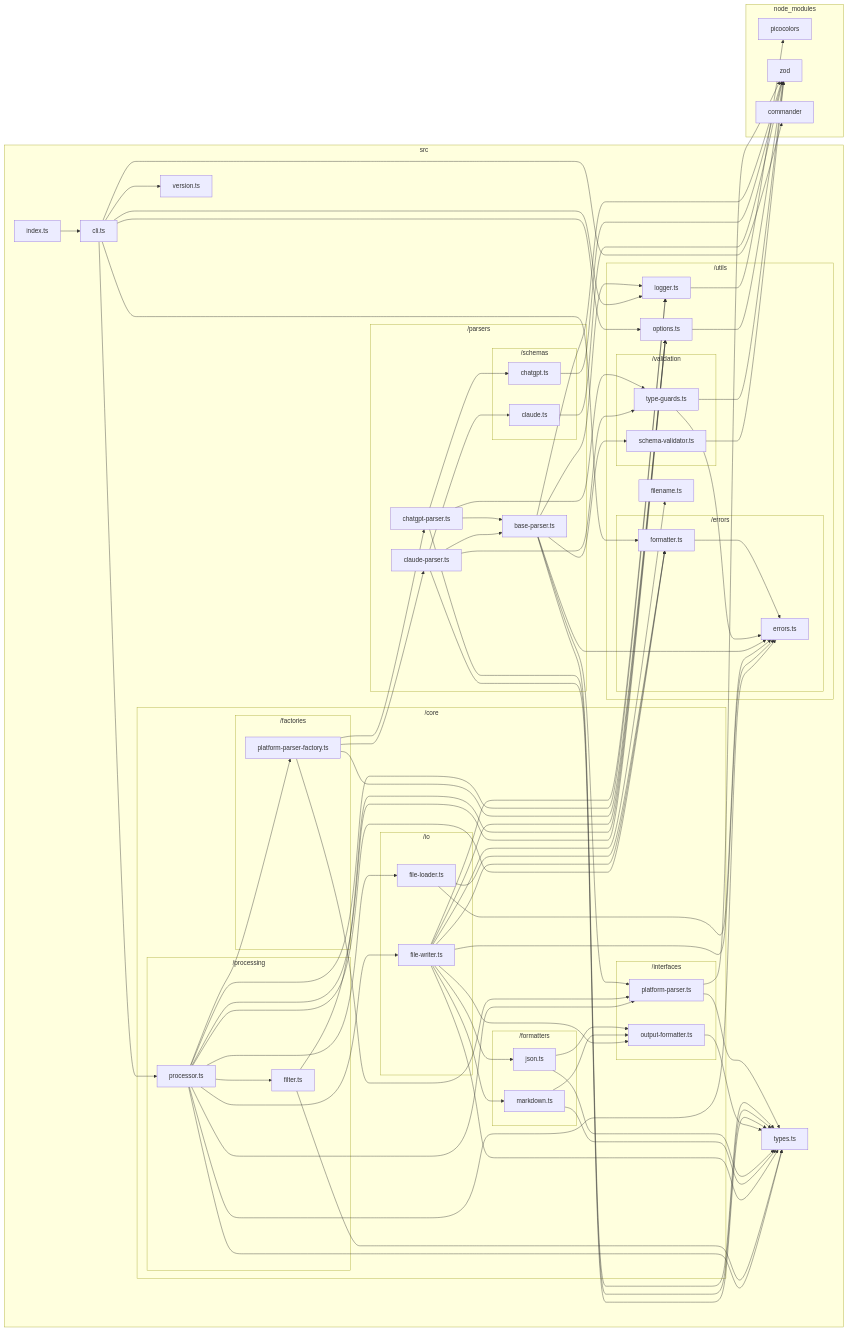
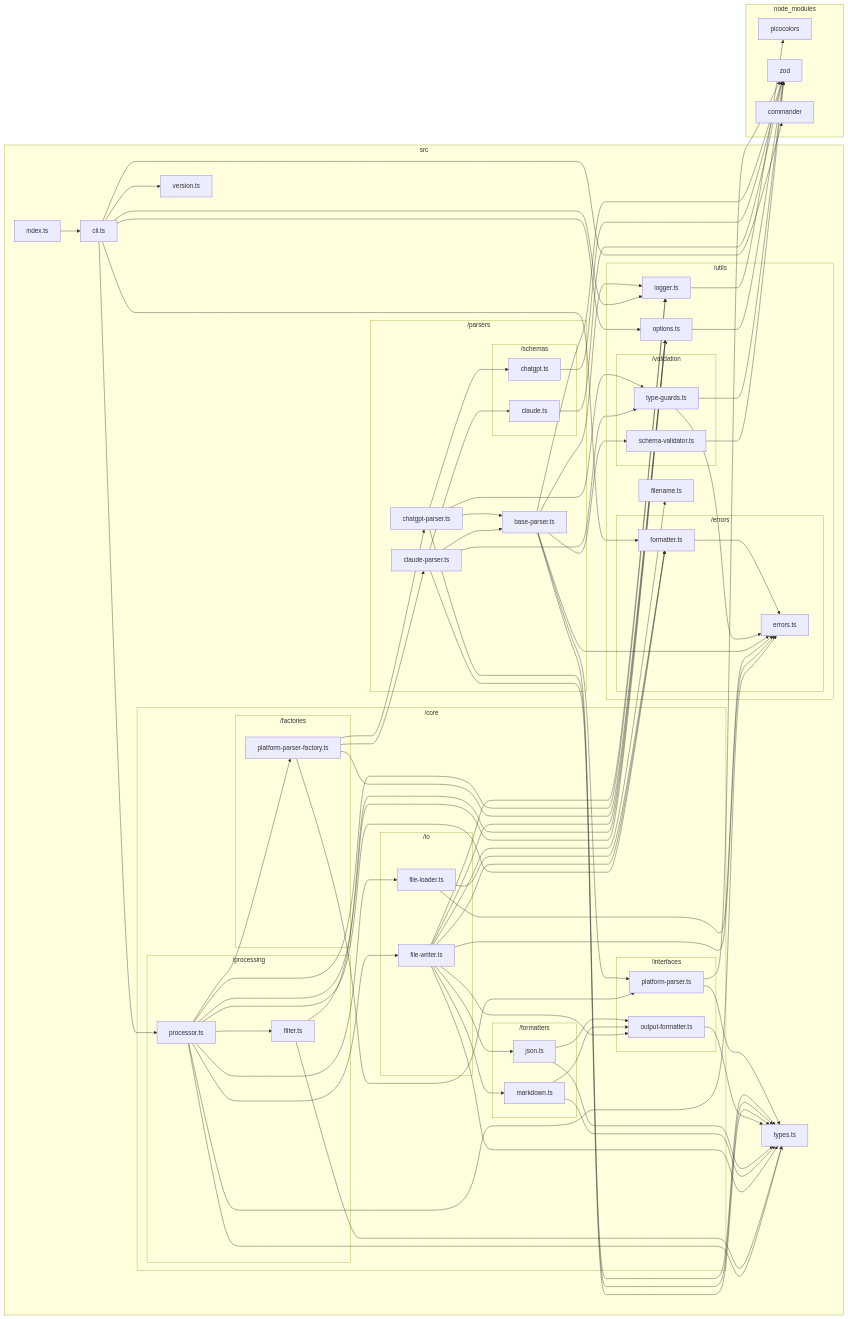
Before and after one commit to sugurutakahashi-1234/ai-chat-md-export: the diagram in docs/dependency-graphs/typescript-graph.md, drawn with Mermaid. The commit also changed 1 other file, not shown here.

Commit message:
refactor: streamline processing steps in Processor class
- Consolidate data loading and parsing steps
- Remove unnecessary private methods for clarity
- Maintain functionality while improving readability

```diff
--- a/docs/dependency-graphs/typescript-graph.md
+++ b/docs/dependency-graphs/typescript-graph.md
@@ -112,7 +112,6 @@
     src/core/processing/processor.ts-->src/utils/logger.ts
     src/core/processing/processor.ts-->src/utils/options.ts
     src/core/processing/processor.ts-->src/core/factories/platform//parser//factory.ts
-    src/core/processing/processor.ts-->src/core/interfaces/platform//parser.ts
     src/core/processing/processor.ts-->src/core/io/file//loader.ts
     src/core/processing/processor.ts-->src/core/io/file//writer.ts
     src/core/processing/processor.ts-->src/core/processing/filter.ts
```
